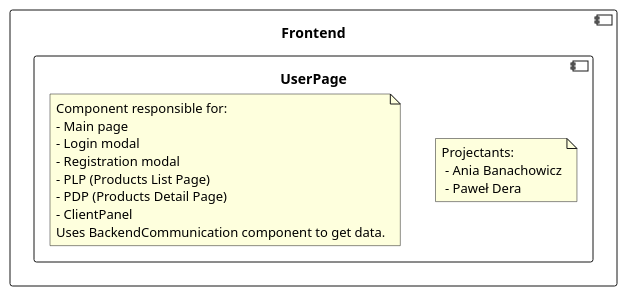
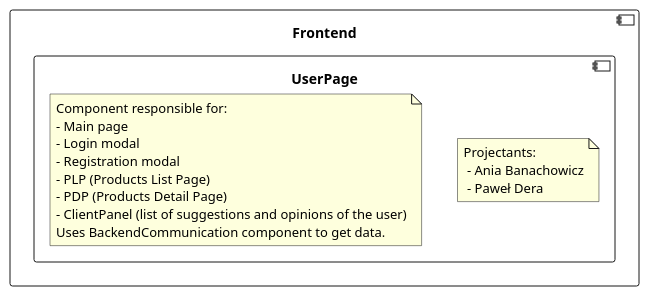
The first of 2 diagrams in frontend/UserPage.md (RadekBucki/OpinionCollectorArchitecture), drawn with PlantUML before and after one commit.

Commit message:
Add client panel description

````diff
--- a/frontend/UserPage.md
+++ b/frontend/UserPage.md
@@ -3,25 +3,25 @@
 ```plantuml
 @startuml
     
 component Frontend {
     component UserPage {
         note as AuthorsUP
             Projectants: 
              - Ania Banachowicz
              - Paweł Dera
         endnote
         note as Description
             Component responsible for:
             - Main page
             - Login modal
             - Registration modal
             - PLP (Products List Page)
             - PDP (Products Detail Page)
-            - ClientPanel
+            - ClientPanel (list of suggestions and opinions of the user)
             Uses BackendCommunication component to get data.
         endnote
     }
 }
 
 @enduml 
 ```
````
